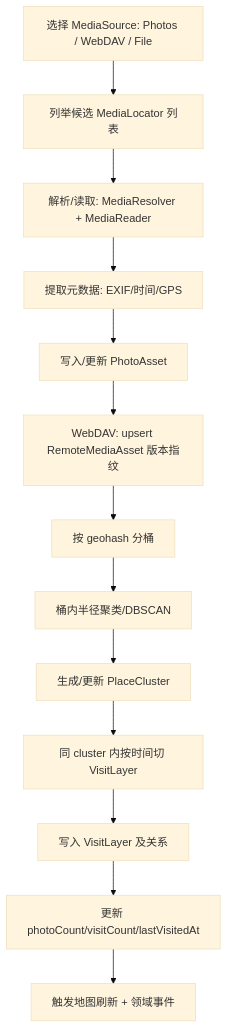
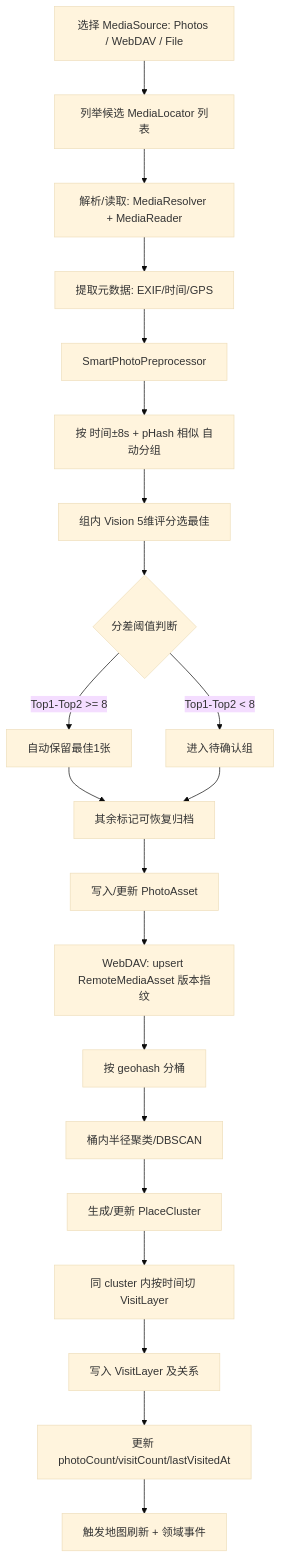
The third of 5 diagrams in ARCHITECTURE_WAKELIGHT.md (helinxuan/wakelight), drawn with Mermaid (base theme) before and after one commit. The commit also changed other lines of this file and 1 other file, not shown here.

````diff
--- a/ARCHITECTURE_WAKELIGHT.md
+++ b/ARCHITECTURE_WAKELIGHT.md
@@ -397,15 +398,25 @@
 ```mermaid
 flowchart TD
   A[选择 MediaSource: Photos / WebDAV / File] --> B[列举候选 MediaLocator 列表]
   B --> C[解析/读取: MediaResolver + MediaReader]
   C --> D[提取元数据: EXIF/时间/GPS]
-  D --> E[写入/更新 PhotoAsset]
-  E --> F[WebDAV: upsert RemoteMediaAsset 版本指纹]
-  F --> G[按 geohash 分桶]
-  G --> H[桶内半径聚类/DBSCAN]
-  H --> I[生成/更新 PlaceCluster]
-  I --> J[同 cluster 内按时间切 VisitLayer]
-  J --> K[写入 VisitLayer 及关系]
-  K --> L[更新 photoCount/visitCount/lastVisitedAt]
-  L --> M[触发地图刷新 + 领域事件]
+  D --> E[SmartPhotoPreprocessor]
+
+  E --> F[按 时间±8s + pHash 相似 自动分组]
+  F --> G[组内 Vision 5维评分选最佳]
+  G --> H{分差阈值判断}
+  H -->|Top1-Top2 >= 8| I[自动保留最佳1张]
+  H -->|Top1-Top2 < 8| J[进入待确认组]
+  I --> K[其余标记可恢复归档]
+  J --> K
+
+  K --> L[写入/更新 PhotoAsset]
+  L --> M[WebDAV: upsert RemoteMediaAsset 版本指纹]
+  M --> N[按 geohash 分桶]
+  N --> O[桶内半径聚类/DBSCAN]
+  O --> P[生成/更新 PlaceCluster]
+  P --> Q[同 cluster 内按时间切 VisitLayer]
+  Q --> R[写入 VisitLayer 及关系]
+  R --> S[更新 photoCount/visitCount/lastVisitedAt]
+  S --> T[触发地图刷新 + 领域事件]
 ```
````
